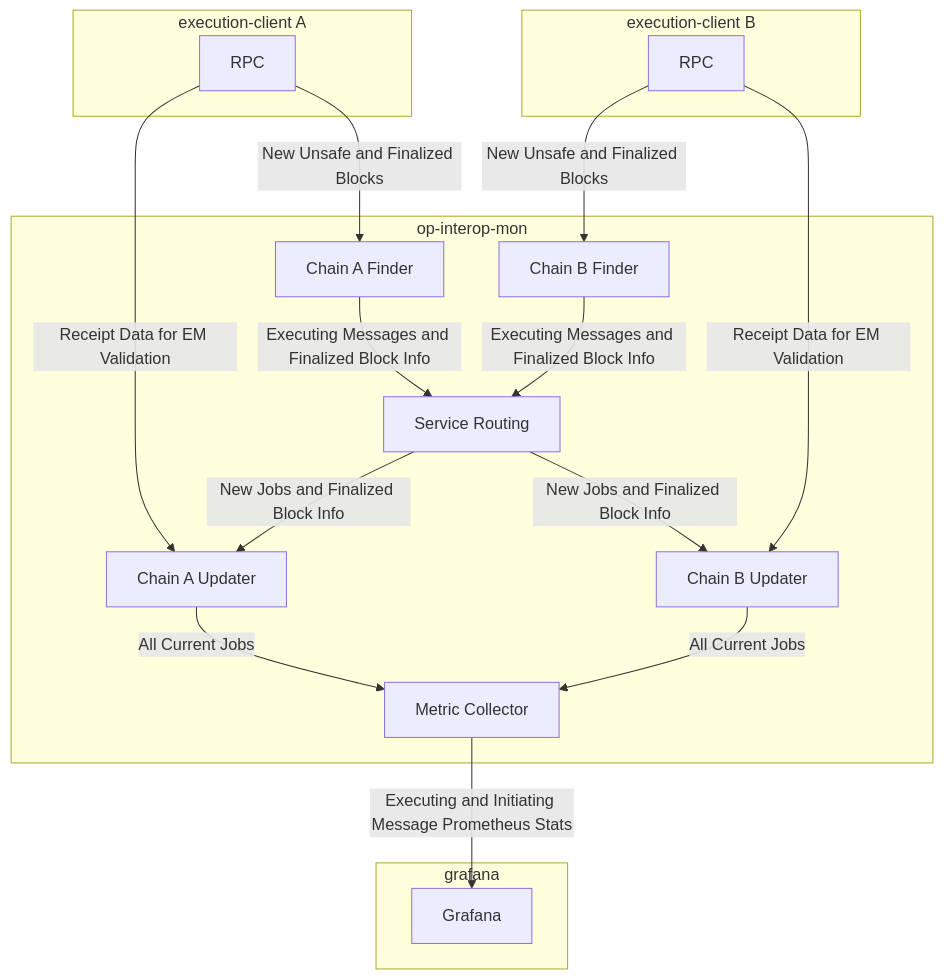
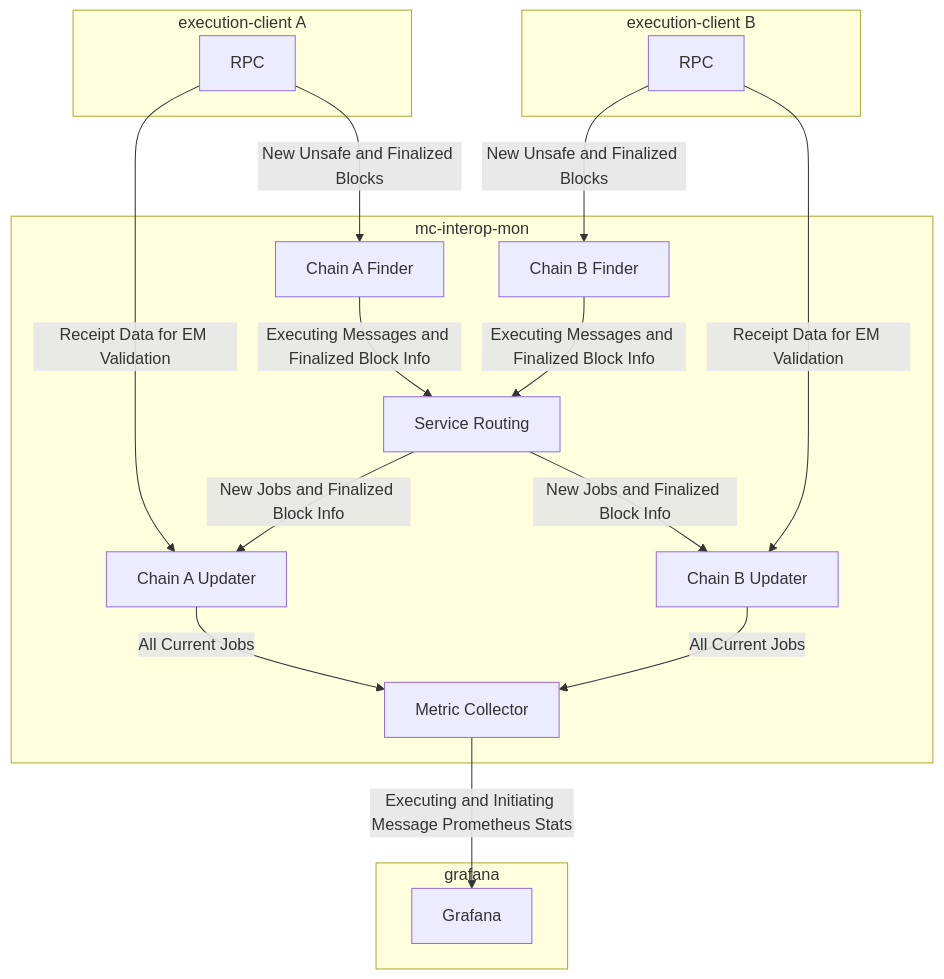
Before and after one commit to arunjot12/mind-chain: the diagram in releases/cannon-v1.6.0/mc-interop-mon/README.md, drawn with Mermaid. The commit also changed 4220 other files, not shown here.

````diff
--- a/releases/cannon-v1.6.0/mc-interop-mon/README.md
+++ b/releases/cannon-v1.6.0/mc-interop-mon/README.md
@@ -20,38 +20,38 @@
 ```mermaid
 flowchart TD
 
   subgraph execution-client A
     ra[RPC]
   end
 
   subgraph execution-client B
     rb[RPC]
   end
 
   subgraph grafana
    g[Grafana]
   end
 
   %% Main Monitoring Group
-  subgraph service["op-interop-mon"]
+  subgraph service["mc-interop-mon"]
     s[Service Routing]
     m[Metric Collector]
     fa[Chain A Finder]
     fb[Chain B Finder]
     ua[Chain A Updater️]
     ub[Chain B Updater]
   end
 
   ra --"New Unsafe and Finalized Blocks"--> fa
   ra --"Receipt Data for EM Validation"--> ua
   fa --"Executing Messages and Finalized Block Info" --> s
   s --"New Jobs and Finalized Block Info" --> ub
   rb --"New Unsafe and Finalized Blocks"--> fb
   rb --"Receipt Data for EM Validation"--> ub
   fb --"Executing Messages and Finalized Block Info" --> s
   s --"New Jobs and Finalized Block Info" --> ua
   ua --"All Current Jobs"--> m
   ub --"All Current Jobs"--> m
   m --"Executing and Initiating Message Prometheus Stats"--> g
 
 ```
````
